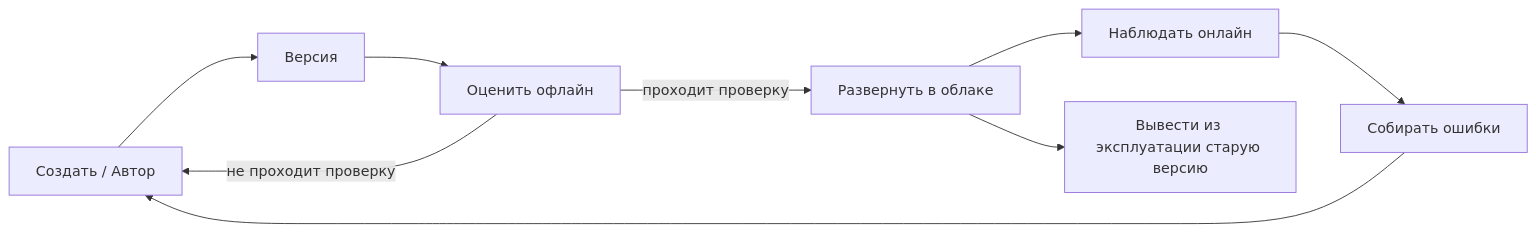
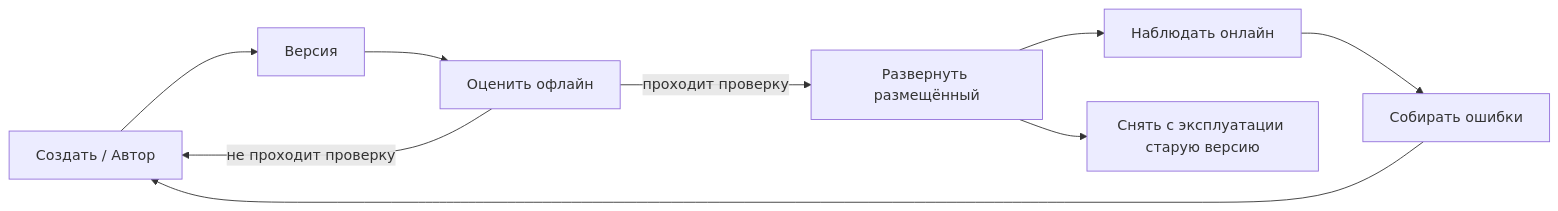
The second of 4 diagrams in translations/ru/16-deploying-scalable-agents/README.md (microsoft/ai-agents-for-beginners), drawn with Mermaid before and after one commit. The commit also changed other lines of this file and 47 other files, not shown here.

````diff
--- a/translations/ru/16-deploying-scalable-agents/README.md
+++ b/translations/ru/16-deploying-scalable-agents/README.md
@@ -108,11 +108,11 @@
 ```mermaid
 flowchart LR
     Create[Создать / Автор] --> Version[Версия]
     Version --> Evaluate[Оценить офлайн]
-    Evaluate -->|проходит проверку| Deploy[Развернуть в облаке]
+    Evaluate -->|проходит проверку| Deploy[Развернуть размещённый]
     Evaluate -->|не проходит проверку| Create
     Deploy --> Observe[Наблюдать онлайн]
     Observe --> Improve[Собирать ошибки]
     Improve --> Create
-    Deploy --> Retire[Вывести из эксплуатации старую версию]
+    Deploy --> Retire[Снять с эксплуатации старую версию]
 ```
````
